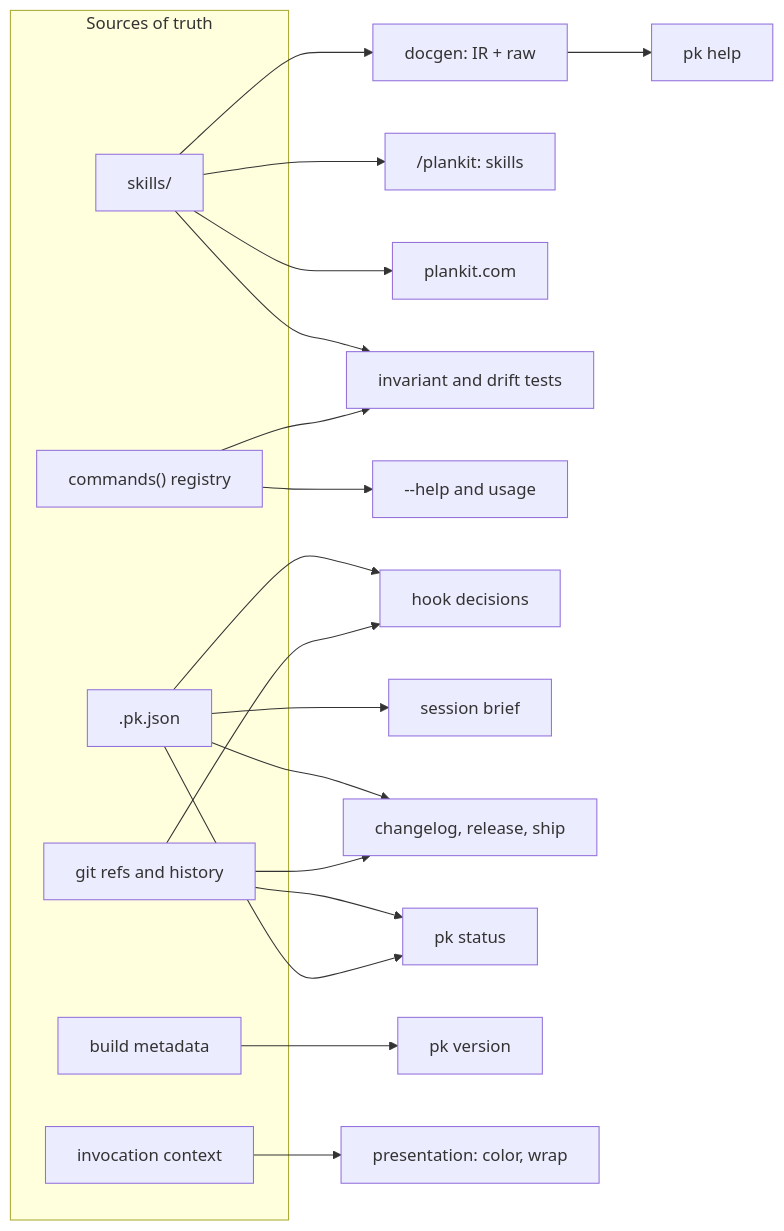
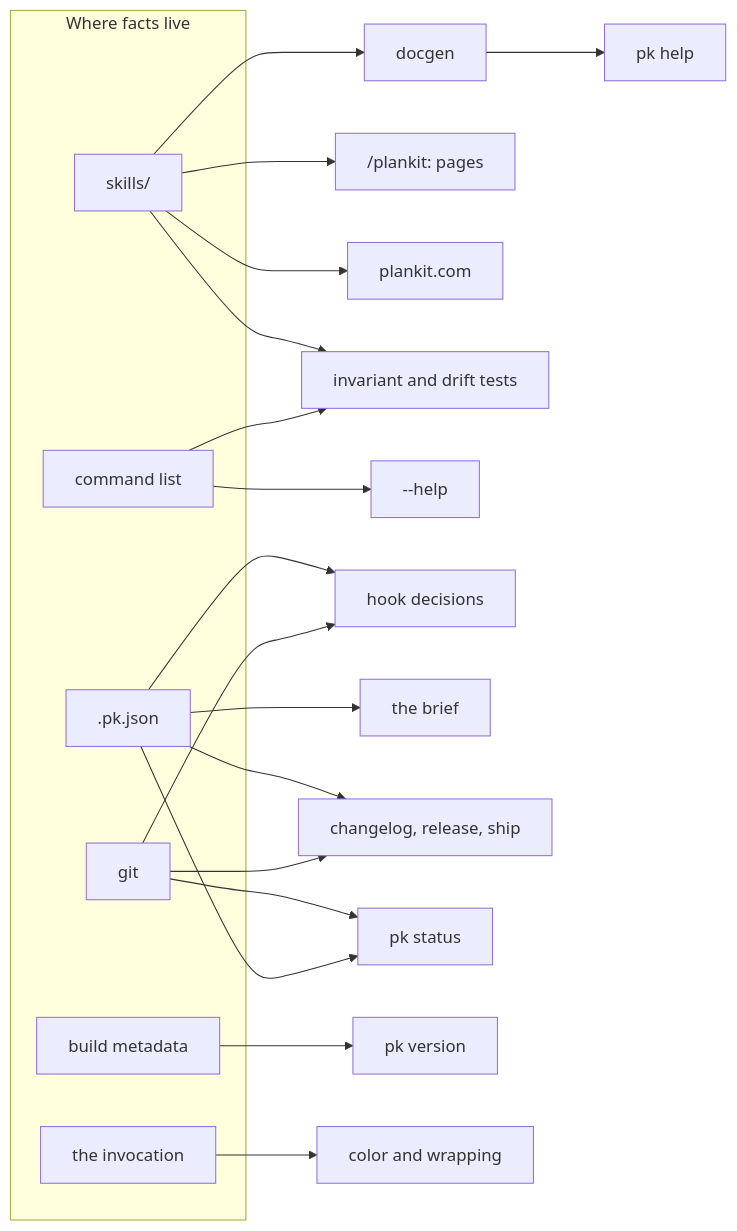
One commit to markwharton/plankit changed the diagram in docs/design.md. Above: the diagram before and after it, drawn with Mermaid. The commit also changed other lines of this file and 58 other files, not shown here.

````diff
--- a/docs/design.md
+++ b/docs/design.md
@@ -108,26 +40,26 @@
 ```mermaid
 flowchart LR
-  subgraph sources["Sources of truth"]
-    G["git refs and history"]
+  subgraph sources["Where facts live"]
+    G["git"]
     C[".pk.json"]
     S["skills/"]
-    R["commands() registry"]
+    R["command list"]
     B["build metadata"]
-    I["invocation context"]
+    I["the invocation"]
   end
-  S --> D["docgen: IR + raw"] --> H["pk help"]
-  S --> P["/plankit: skills"]
+  S --> D["docgen"] --> H["pk help"]
+  S --> P["/plankit: pages"]
   S --> W["plankit.com"]
   S --> T["invariant and drift tests"]
-  R --> U["--help and usage"]
+  R --> U["--help"]
   R --> T
   C --> K["hook decisions"]
-  C --> BR["session brief"]
+  C --> BR["the brief"]
   C --> L["changelog, release, ship"]
   G --> K
   G --> L
   G --> ST["pk status"]
   C --> ST
   B --> V["pk version"]
-  I --> PR["presentation: color, wrap"]
+  I --> PR["color and wrapping"]
 ```
````
